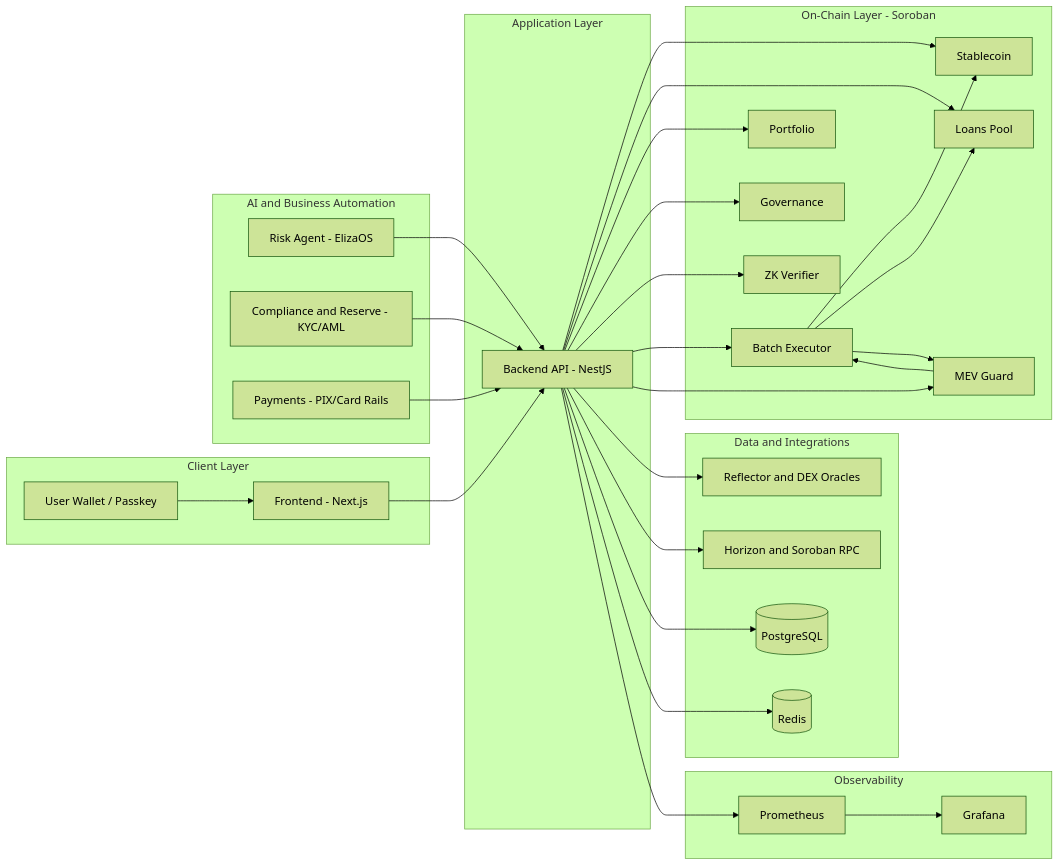
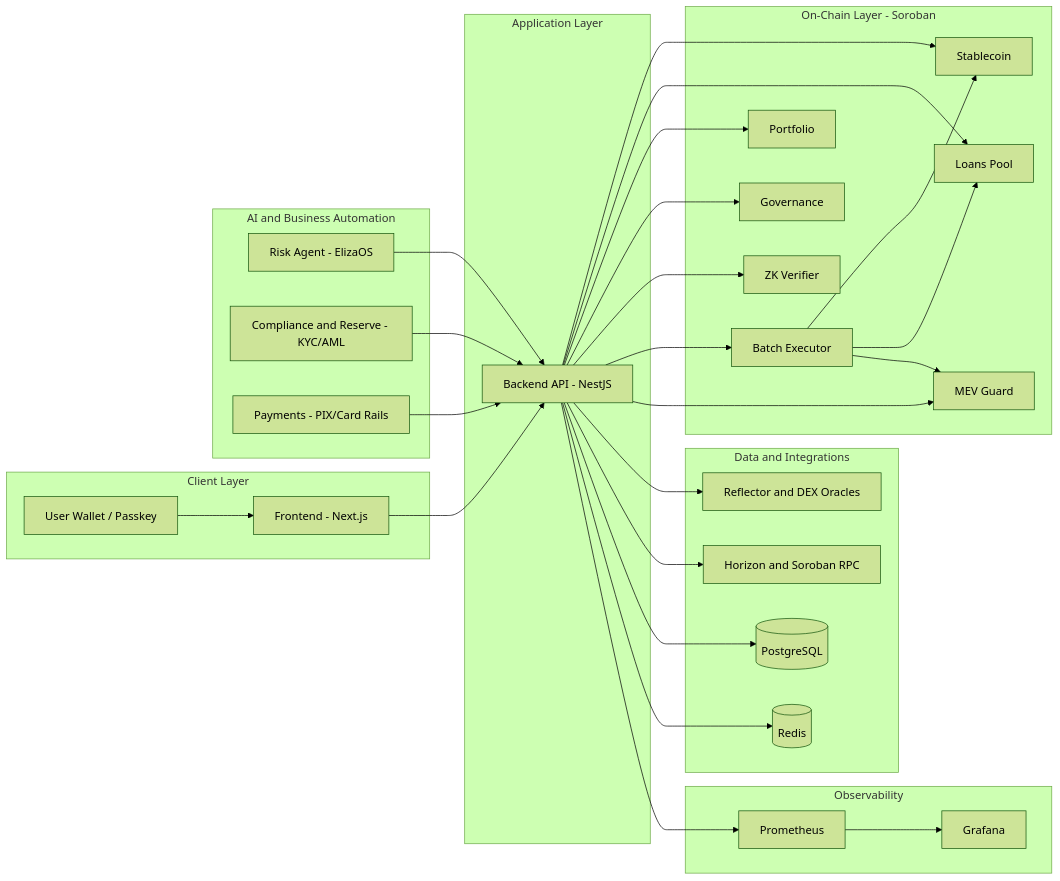
Before and after one commit to Jistriane/Stellaro: the diagram in README.md, drawn with Mermaid (forest theme). The commit also changed other lines of this file and 6 other files, not shown here.

Commit message:
docs: add v4 architecture and operations documentation

````diff
--- a/README.md
+++ b/README.md
@@ -194,65 +197,64 @@
 ```mermaid
 flowchart LR
   subgraph UI["Client Layer"]
     U["User Wallet / Passkey"]
     F["Frontend - Next.js"]
     U --> F
   end
 
   subgraph API["Application Layer"]
     B["Backend API - NestJS"]
   end
 
   subgraph AGENTS["AI and Business Automation"]
     A1["Risk Agent - ElizaOS"]
     A2["Compliance and Reserve - KYC/AML"]
     A3["Payments - PIX/Card Rails"]
   end
 
   subgraph CHAIN["On-Chain Layer - Soroban"]
     C1["Stablecoin"]
     C2["Loans Pool"]
     C3["Portfolio"]
     C4["Governance"]
     C5["ZK Verifier"]
     C6["Batch Executor"]
     C7["MEV Guard"]
   end
 
   subgraph DATA["Data and Integrations"]
     O1["Reflector and DEX Oracles"]
     O2["Horizon and Soroban RPC"]
     D1[(PostgreSQL)]
     D2[(Redis)]
   end
 
   subgraph OBS["Observability"]
     M1["Prometheus"]
     M2["Grafana"]
     M1 --> M2
   end
 
   F --> B
   A1 --> B
   A2 --> B
   A3 --> B
 
   B --> C1
   B --> C2
   B --> C3
   B --> C4
   B --> C5
   B --> C6
   B --> C7
 
   C6 --> C1
   C6 --> C2
   C6 --> C7
-  C7 --> C6
 
   B --> O1
   B --> O2
   B --> D1
   B --> D2
   B --> M1
 ```
````
